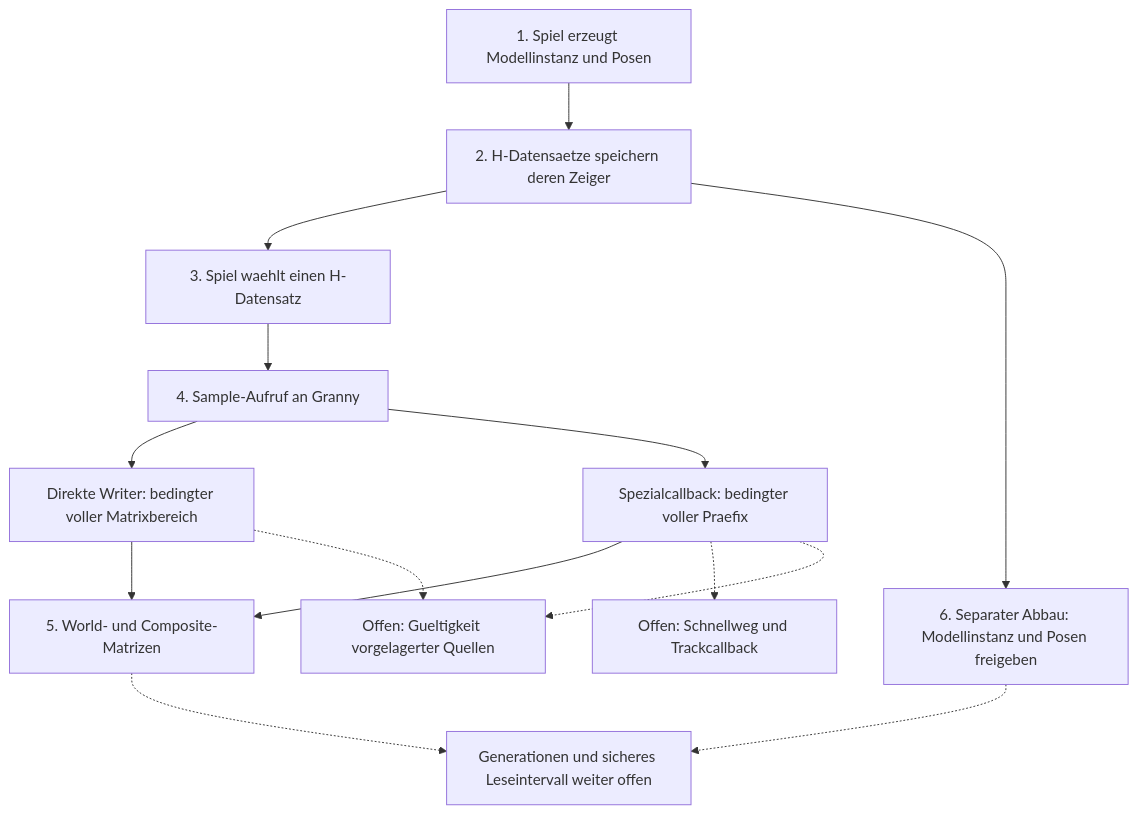
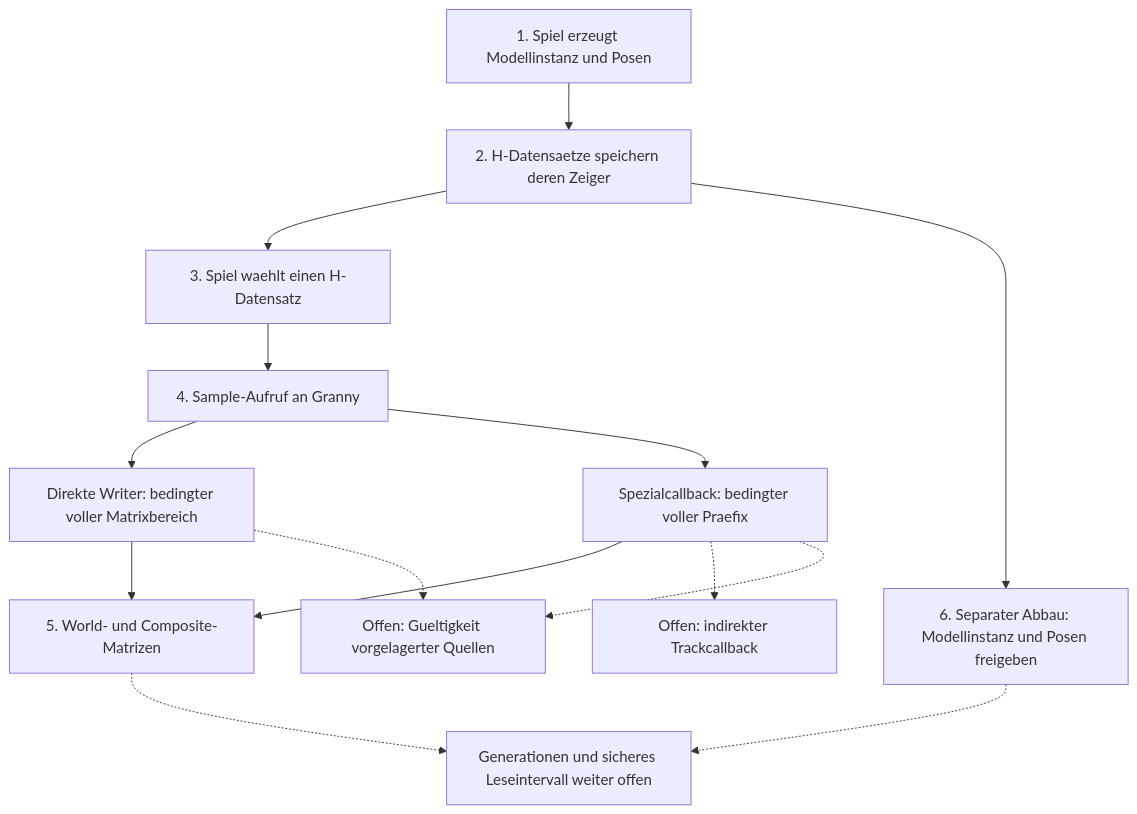
Before and after one commit to crycodebaby/Stronghold2PerformanceResearch: the diagram in docs/ANIMATION_KNOWLEDGE_MAP.md, drawn with Mermaid. The commit also changed other lines of this file and 13 other files, not shown here.

````diff
--- a/docs/ANIMATION_KNOWLEDGE_MAP.md
+++ b/docs/ANIMATION_KNOWLEDGE_MAP.md
@@ -14,27 +14,27 @@
 ```mermaid
 flowchart TD
     Create["1. Spiel erzeugt Modellinstanz und Posen"]
     Records["2. H-Datensaetze speichern deren Zeiger"]
     Select["3. Spiel waehlt einen H-Datensatz"]
     Sample["4. Sample-Aufruf an Granny"]
     Direct["Direkte Writer: bedingter voller Matrixbereich"]
     Special["Spezialcallback: bedingter voller Praefix"]
-    Gaps["Offen: Schnellweg und Trackcallback"]
+    Gaps["Offen: indirekter Trackcallback"]
     Sources["Offen: Gueltigkeit vorgelagerter Quellen"]
     Output["5. World- und Composite-Matrizen"]
     Cleanup["6. Separater Abbau: Modellinstanz und Posen freigeben"]
     Limits["Generationen und sicheres Leseintervall weiter offen"]
     Create --> Records
     Records --> Select
     Select --> Sample
     Sample --> Direct
     Sample --> Special
     Direct --> Output
     Special --> Output
     Special -.-> Gaps
     Direct -.-> Sources
     Special -.-> Sources
     Records --> Cleanup
     Output -.-> Limits
     Cleanup -.-> Limits
 ```
````
